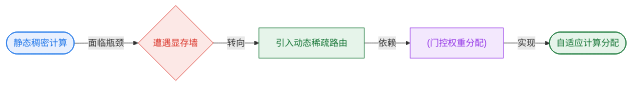
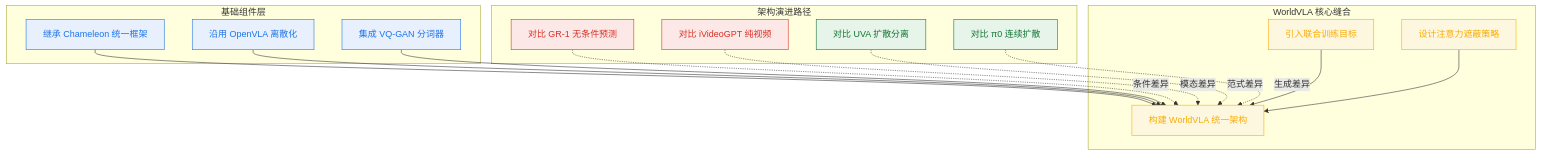
One commit to ShinewineW/paper-rolling changed the sixth of 10 diagrams in person_vault/2026-06-08_WorldVLA_2506.21539/report.md. Above: the diagram before and after it, drawn with Mermaid. The commit also changed other lines of this file and 51 other files, not shown here.

````diff
--- a/person_vault/2026-06-08_WorldVLA_2506.21539/report.md
+++ b/person_vault/2026-06-08_WorldVLA_2506.21539/report.md
@@ -292,12 +425,36 @@
 ```mermaid
-flowchart LR
-    classDef era fill:#e8f0fe,stroke:#1a73e8,color:#1a73e8;
-    classDef pivot fill:#fce8e6,stroke:#d93025,color:#d93025;
-    classDef current fill:#e6f4ea,stroke:#137333,color:#137333;
-    classDef data fill:#f3e8fd,stroke:#9334e6,color:#9334e6;
+flowchart TD
+    classDef base fill:#e8f0fe,stroke:#1a73e8,color:#1a73e8;
+    classDef world fill:#fce8e6,stroke:#d93025,color:#d93025;
+    classDef action fill:#e6f4ea,stroke:#137333,color:#137333;
+    classDef unified fill:#fef7e0,stroke:#f9ab00,color:#f9ab00;
 
-    static_dense(["静态稠密计算"]):::era -->|面临瓶颈| bottleneck{遭遇显存墙}:::pivot
-    bottleneck -->|转向| sparse_routing["引入动态稀疏路由"]:::current
-    sparse_routing -->|依赖| routing_gate["(门控权重分配)"]:::data
-    routing_gate -->|实现| adaptive_compute(["自适应计算分配"]):::current
+    subgraph 基础组件层
+        chameleon["继承 Chameleon 统一框架"]:::base
+        openvla["沿用 OpenVLA 离散化"]:::base
+        vqgan["集成 VQ-GAN 分词器"]:::base
+    end
+
+    subgraph 架构演进路径
+        gr1["对比 GR-1 无条件预测"]:::world
+        ivideogpt["对比 iVideoGPT 纯视频"]:::world
+        uva["对比 UVA 扩散分离"]:::action
+        pi0["对比 π0 连续扩散"]:::action
+    end
+
+    subgraph WorldVLA 核心缝合
+        joint_loss["引入联合训练目标"]:::unified
+        attn_mask["设计注意力遮蔽策略"]:::unified
+        worldvla["构建 WorldVLA 统一架构"]:::unified
+    end
+
+    chameleon --> worldvla
+    openvla --> worldvla
+    vqgan --> worldvla
+    gr1 -. 条件差异 .-> worldvla
+    ivideogpt -. 模态差异 .-> worldvla
+    uva -. 范式差异 .-> worldvla
+    pi0 -. 生成差异 .-> worldvla
+    joint_loss --> worldvla
+    attn_mask --> worldvla
 ```
````
